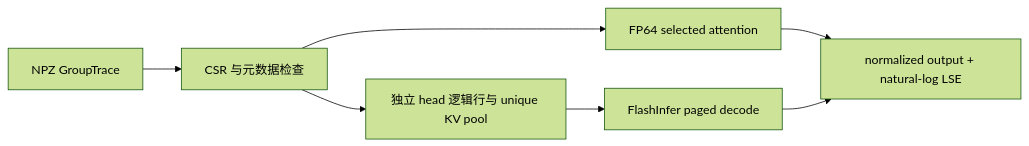
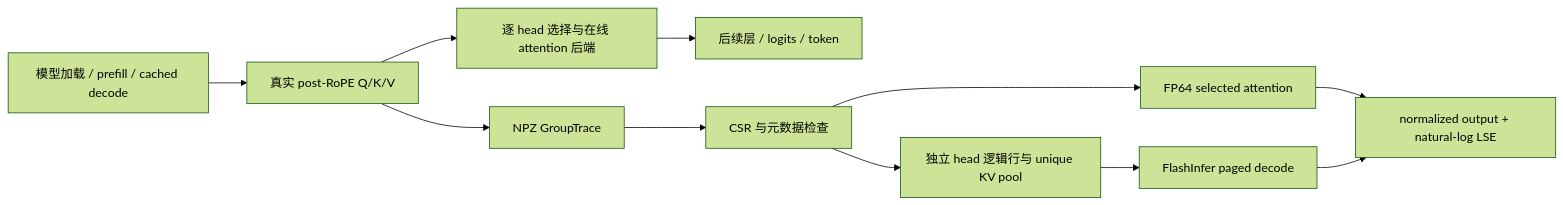
The first of 2 diagrams in docs/ARCHITECTURE.md (lvokic/cxl-kv-infer), drawn with Mermaid (forest theme) before and after one commit. The commit also changed other lines of this file and 38 other files, not shown here.

````diff
--- a/docs/ARCHITECTURE.md
+++ b/docs/ARCHITECTURE.md
@@ -16,9 +16,13 @@
 ```mermaid
 flowchart LR
+    M[模型加载 / prefill / cached decode] --> Q[真实 post-RoPE Q/K/V]
+    Q --> X[逐 head 选择与在线 attention 后端]
+    X --> L[后续层 / logits / token]
+    Q --> A
     A[NPZ GroupTrace] --> B[CSR 与元数据检查]
     B --> C[FP64 selected attention]
     B --> D[独立 head 逻辑行与 unique KV pool]
     D --> E[FlashInfer paged decode]
     C --> F[normalized output + natural-log LSE]
     E --> F
 ```
````
